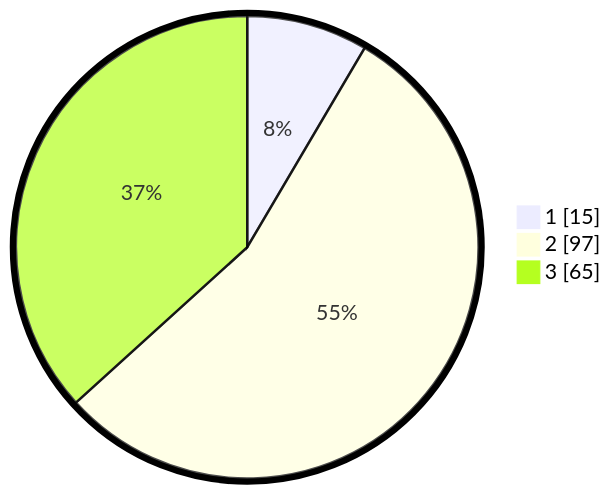
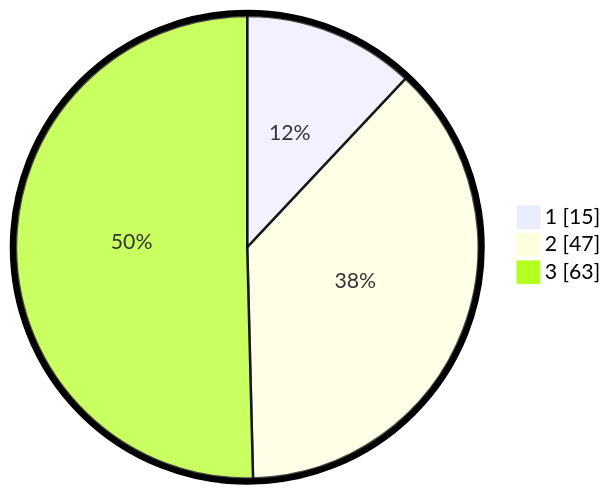
The second of 2 diagrams in pilpres/hitung-suara/sub/52-nusa-tenggara-barat/sub/01-lombok-barat/sub/03-narmada/sub/2021-narmada/sub/013-tps/README.md (gigit-pemilu/pemilu-2024-52-nusa-tenggara-barat), drawn with Mermaid before and after one commit. The commit also changed other lines of this file and 721 other files, not shown here.

````diff
--- a/pilpres/hitung-suara/sub/52-nusa-tenggara-barat/sub/01-lombok-barat/sub/03-narmada/sub/2021-narmada/sub/013-tps/README.md
+++ b/pilpres/hitung-suara/sub/52-nusa-tenggara-barat/sub/01-lombok-barat/sub/03-narmada/sub/2021-narmada/sub/013-tps/README.md
@@ -13,7 +13,7 @@
 ```mermaid
 %%{init: {"pie": {"textPosition": 0.5}, "themeVariables": {"pieOuterStrokeWidth": "5px"}} }%%
 pie showData
     "1" : 15
-    "2" : 97
-    "3" : 65
+    "2" : 47
+    "3" : 63
 ```
````
